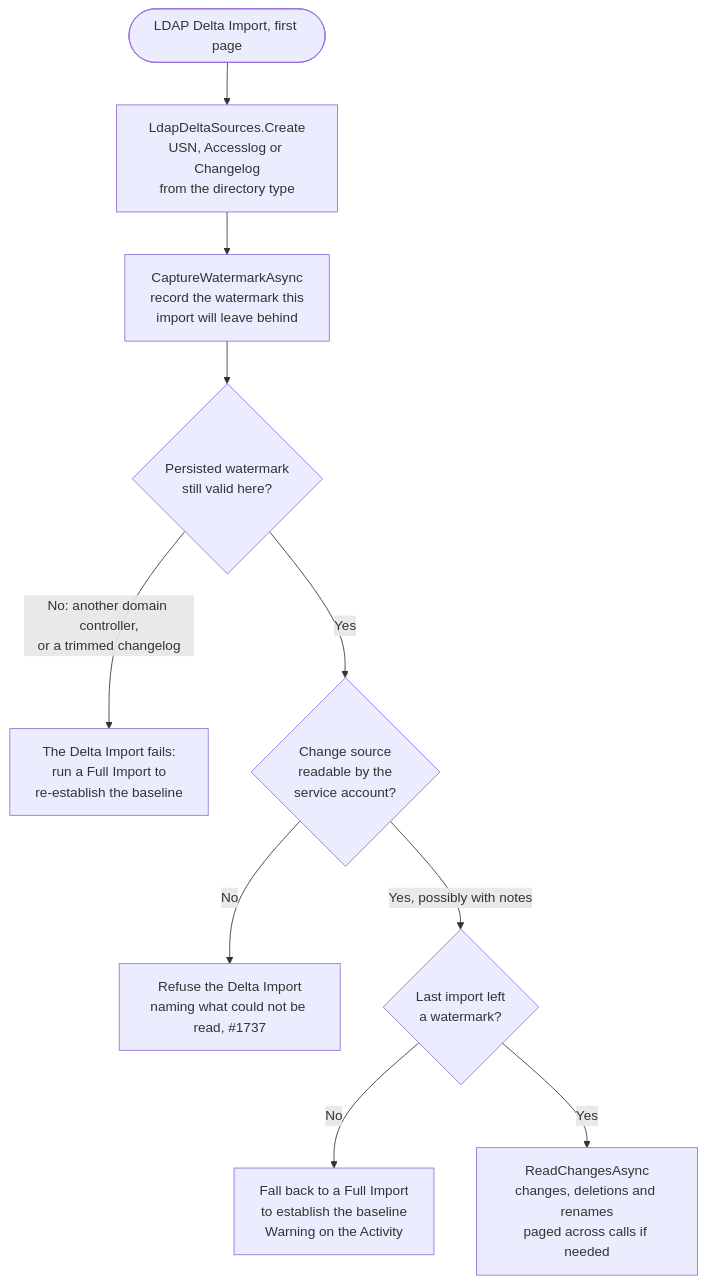
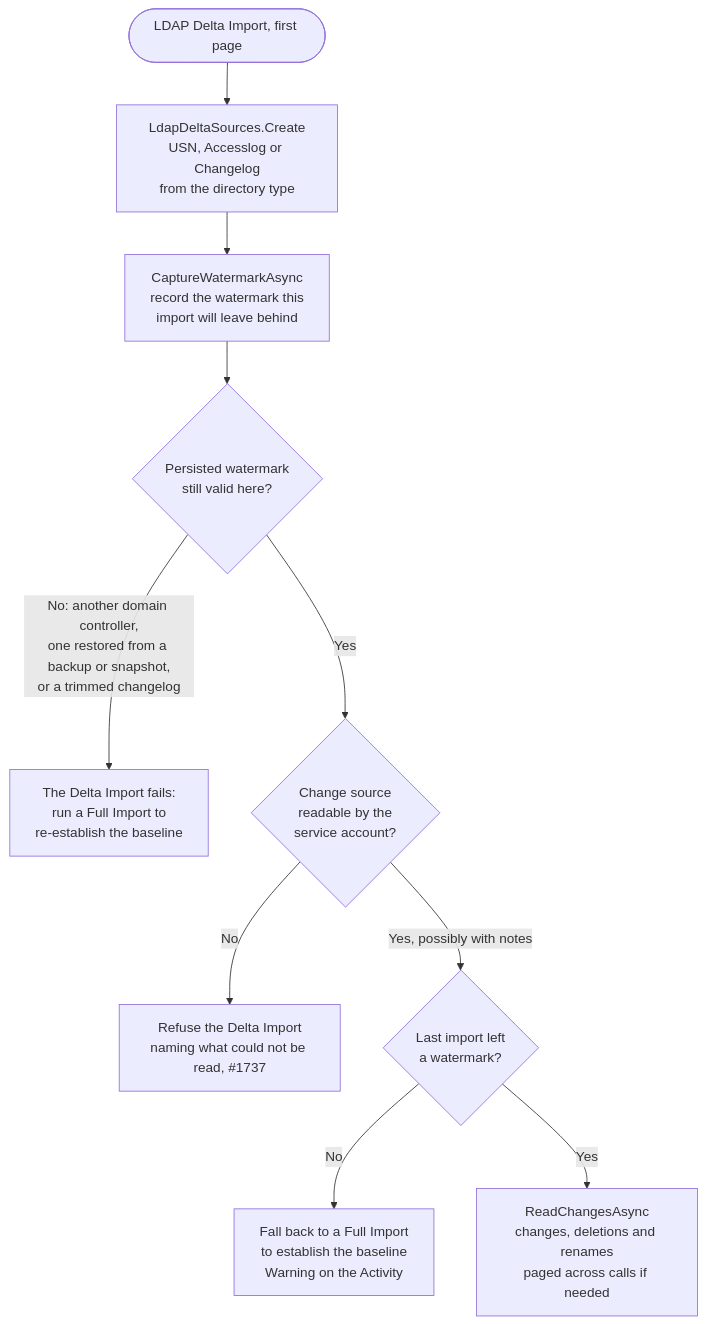
One commit to TetronIO/JIM changed the fourth of 7 diagrams in docs/developer/diagrams/CONNECTOR_LIFECYCLE.md. Above: the diagram before and after it, drawn with Mermaid. The commit also changed other lines of this file and 28 other files, not shown here.

First line of the commit message:
docs: update documentation and diagrams for v0.16.0 release

````diff
--- a/docs/developer/diagrams/CONNECTOR_LIFECYCLE.md
+++ b/docs/developer/diagrams/CONNECTOR_LIFECYCLE.md
@@ -106,12 +106,12 @@
 ```mermaid
 flowchart TD
     Start([LDAP Delta Import, first page]) --> Pick[LdapDeltaSources.Create<br/>USN, Accesslog or Changelog<br/>from the directory type]
     Pick --> Capture[CaptureWatermarkAsync<br/>record the watermark this<br/>import will leave behind]
     Capture --> Continuity{Persisted watermark<br/>still valid here?}
-    Continuity -->|No: another domain controller,<br/>or a trimmed changelog| Refuse[The Delta Import fails:<br/>run a Full Import to<br/>re-establish the baseline]
+    Continuity -->|No: another domain controller,<br/>one restored from a backup or snapshot,<br/>or a trimmed changelog| Refuse[The Delta Import fails:<br/>run a Full Import to<br/>re-establish the baseline]
     Continuity -->|Yes| Ready{Change source<br/>readable by the<br/>service account?}
     Ready -->|No| RefuseRead[Refuse the Delta Import<br/>naming what could not be read, #1737]
     Ready -->|Yes, possibly with notes| Baseline{Last import left<br/>a watermark?}
     Baseline -->|No| Fallback[Fall back to a Full Import<br/>to establish the baseline<br/>Warning on the Activity]
     Baseline -->|Yes| Read[ReadChangesAsync<br/>changes, deletions and renames<br/>paged across calls if needed]
 ```
````
